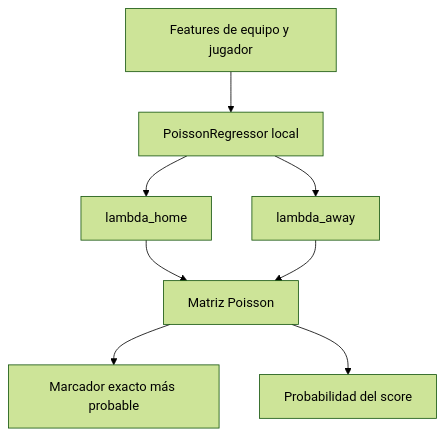
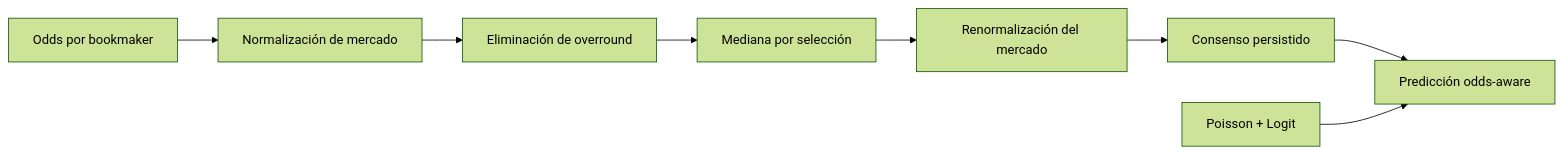
Before and after one commit to GtzRicky/pronosticador-mundial-2026: the fourth of 8 diagrams in README.md, drawn with Mermaid (forest theme). The commit also changed other lines of this file and 110 other files, not shown here.

````diff
--- a/README.md
+++ b/README.md
@@ -252,10 +409,15 @@
 ```mermaid
-flowchart TD
-    A[Features de equipo y jugador] --> B[PoissonRegressor local]
-    B --> C[lambda_home]
-    B --> D[lambda_away]
-    C --> E[Matriz Poisson]
-    D --> E
-    E --> F[Marcador exacto más probable]
-    E --> G[Probabilidad del score]
+flowchart LR
+    Raw[Odds por bookmaker]
+    Normalize[Normalización de mercado]
+    Devig[Eliminación de overround]
+    Median[Mediana por selección]
+    Renorm[Renormalización del mercado]
+    Consensus[Consenso persistido]
+    Internal[Poisson + Logit]
+    Adjusted[Predicción odds-aware]
+
+    Raw --> Normalize --> Devig --> Median --> Renorm --> Consensus
+    Consensus --> Adjusted
+    Internal --> Adjusted
 ```
````
